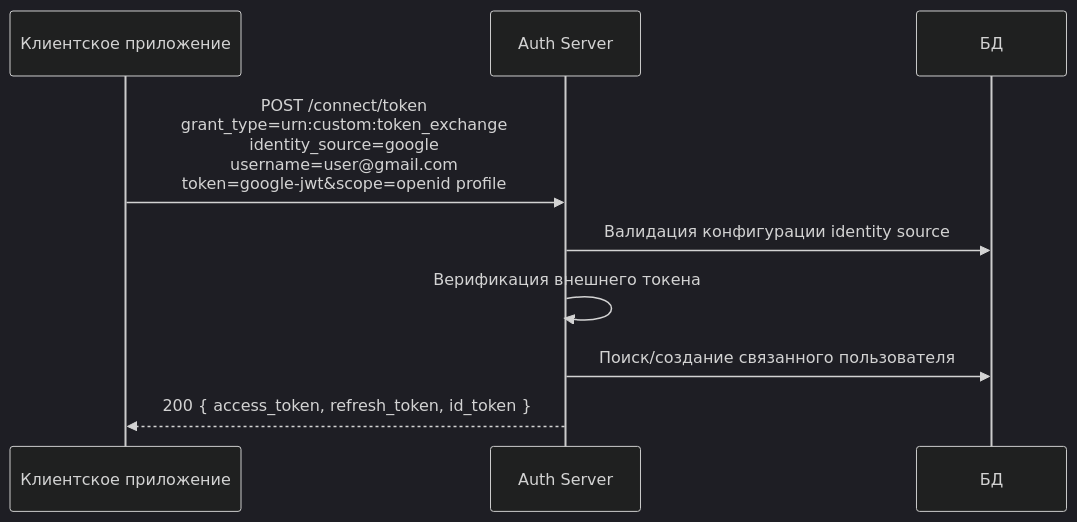
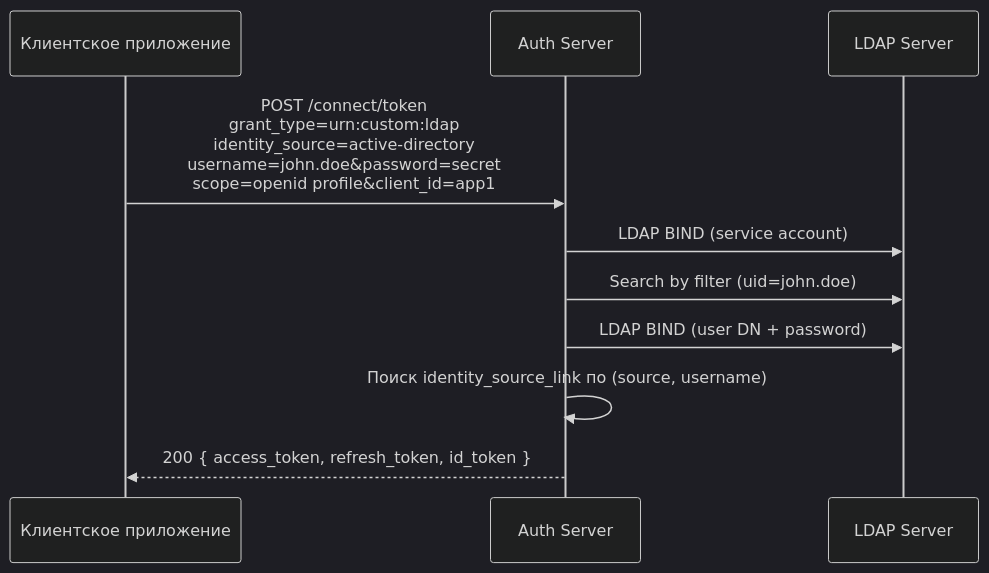
Diagram 11 of 14 in docs/authentication-flows.md (talerok/auth-service-2), drawn with Mermaid (dark theme) before and after one commit. The commit also changed other lines of this file and 4 other files, not shown here.

````diff
--- a/docs/authentication-flows.md
+++ b/docs/authentication-flows.md
@@ -255,13 +297,14 @@
 ```mermaid
 sequenceDiagram
     participant C as Клиентское приложение
     participant A as Auth Server
-    participant DB as БД
+    participant L as LDAP Server
 
-    C->>A: POST /connect/token<br/>grant_type=urn:custom:token_exchange<br/>identity_source=google<br/>username=user@gmail.com<br/>token=google-jwt&scope=openid profile
+    C->>A: POST /connect/token<br/>grant_type=urn:custom:ldap<br/>identity_source=active-directory<br/>username=john.doe&password=secret<br/>scope=openid profile&client_id=app1
 
-    A->>DB: Валидация конфигурации identity source
-    A->>A: Верификация внешнего токена
-    A->>DB: Поиск/создание связанного пользователя
+    A->>L: LDAP BIND (service account)
+    A->>L: Search by filter (uid=john.doe)
+    A->>L: LDAP BIND (user DN + password)
+    A->>A: Поиск identity_source_link по (source, username)
     A-->>C: 200 { access_token, refresh_token, id_token }
 ```
````
